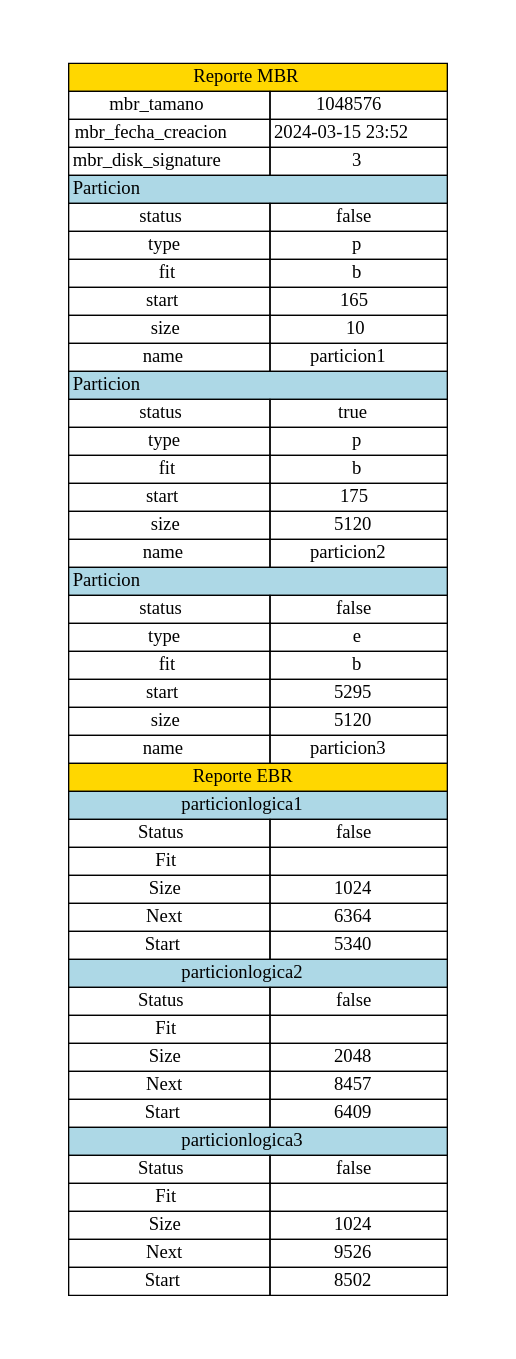
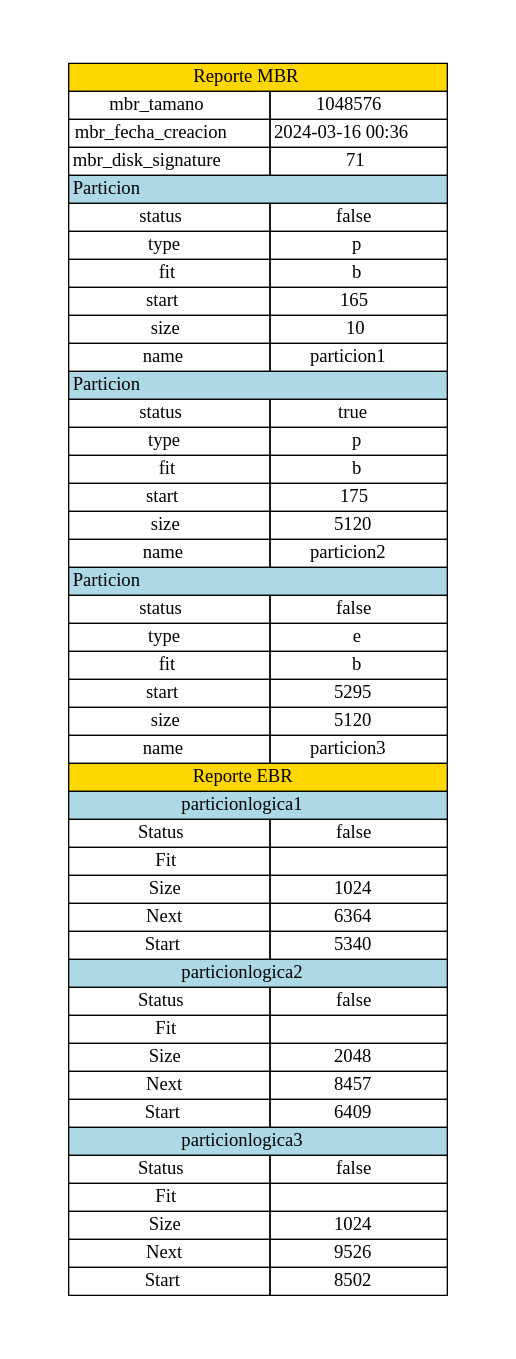
Before and after one commit to LuisReal/MIA_P1_201313965: the diagram in mbr.dot, drawn with Graphviz. The commit also changed 2 other files, not shown here.

Commit message:
graficando particion extendida en Reporte disk
en funcion reportedisk se creo codigo para graficar las particiones logicas de la particion extendida

```diff
--- a/mbr.dot
+++ b/mbr.dot
@@ -1,20 +1,20 @@
 digraph H {
 			graph [pad="0.5", nodesep="0.5", ranksep="1"];
 			node [shape=plaintext]
 			rankdir=LR;label=<
-				<table  border="0" cellborder="1" cellspacing="0"><tr><td colspan="3" style="filled" bgcolor="#FFD700"  port='1'>Reporte MBR</td></tr><tr><td>mbr_tamano</td><td port='2'>1048576</td></tr><tr><td>mbr_fecha_creacion</td><td port='3'>2024-03-15 23:52</td></tr><tr><td>mbr_disk_signature </td><td port='4'>3</td></tr>
+				<table  border="0" cellborder="1" cellspacing="0"><tr><td colspan="3" style="filled" bgcolor="#FFD700"  port='1'>Reporte MBR</td></tr><tr><td>mbr_tamano</td><td port='2'>1048576</td></tr><tr><td>mbr_fecha_creacion</td><td port='3'>2024-03-16 00:36</td></tr><tr><td>mbr_disk_signature </td><td port='4'>71</td></tr>
 
 				<tr><td colspan="3" align="left" style="filled" bgcolor="lightblue" port='5'>Particion</td></tr><tr><td>status</td><td port='6'>false</td></tr><tr><td>type</td><td port='7'>p</td></tr><tr><td>fit</td><td port='8'>b</td></tr><tr><td>start</td><td port='9'>165</td></tr><tr><td>size</td><td port='10'>10</td></tr>
 
 				<tr><td>name</td><td port='11'>particion1</td></tr>
 
 				<tr><td colspan="3" align="left" style="filled" bgcolor="lightblue" port='12'>Particion</td></tr><tr><td>status</td><td port='13'>true</td></tr><tr><td>type</td><td port='14'>p</td></tr><tr><td>fit</td><td port='15'>b</td></tr><tr><td>start</td><td port='16'>175</td></tr><tr><td>size</td><td port='17'>5120</td></tr>
 
 				<tr><td>name</td><td port='18'>particion2</td></tr>
 
 				<tr><td colspan="3" align="left" style="filled" bgcolor="lightblue" port='19'>Particion</td></tr><tr><td>status</td><td port='20'>false</td></tr><tr><td>type</td><td port='21'>e</td></tr><tr><td>fit</td><td port='22'>b</td></tr><tr><td>start</td><td port='23'>5295</td></tr><tr><td>size</td><td port='24'>5120</td></tr>
 
 				<tr><td>name</td><td port='25'>particion3</td></tr>
 
 				<tr><td colspan="3" style="filled" bgcolor="#FFD700" port='1'> Reporte EBR</td></tr><tr><td colspan="3" style="filled" bgcolor="lightblue" port='2'>particionlogica1</td></tr><tr><td>Status</td><td port='3'>false</td></tr><tr><td>Fit</td><td port='4'></td></tr><tr><td>Size</td><td port='5'>1024</td></tr><tr><td>Next</td><td port='6'>6364</td></tr><tr><td>Start</td><td port='7'>5340</td></tr><tr><td colspan="3" style="filled" bgcolor="lightblue" port='8'>particionlogica2</td></tr><tr><td>Status</td><td port='9'>false</td></tr><tr><td>Fit</td><td port='10'></td></tr><tr><td>Size</td><td port='11'>2048</td></tr><tr><td>Next</td><td port='12'>8457</td></tr><tr><td>Start</td><td port='13'>6409</td></tr><tr><td colspan="3" style="filled" bgcolor="lightblue" port='14'>particionlogica3</td></tr><tr><td>Status</td><td port='15'>false</td></tr><tr><td>Fit</td><td port='16'></td></tr><tr><td>Size</td><td port='17'>1024</td></tr><tr><td>Next</td><td port='18'>9526</td></tr><tr><td>Start</td><td port='19'>8502</td></tr></table>
 				>}
```
